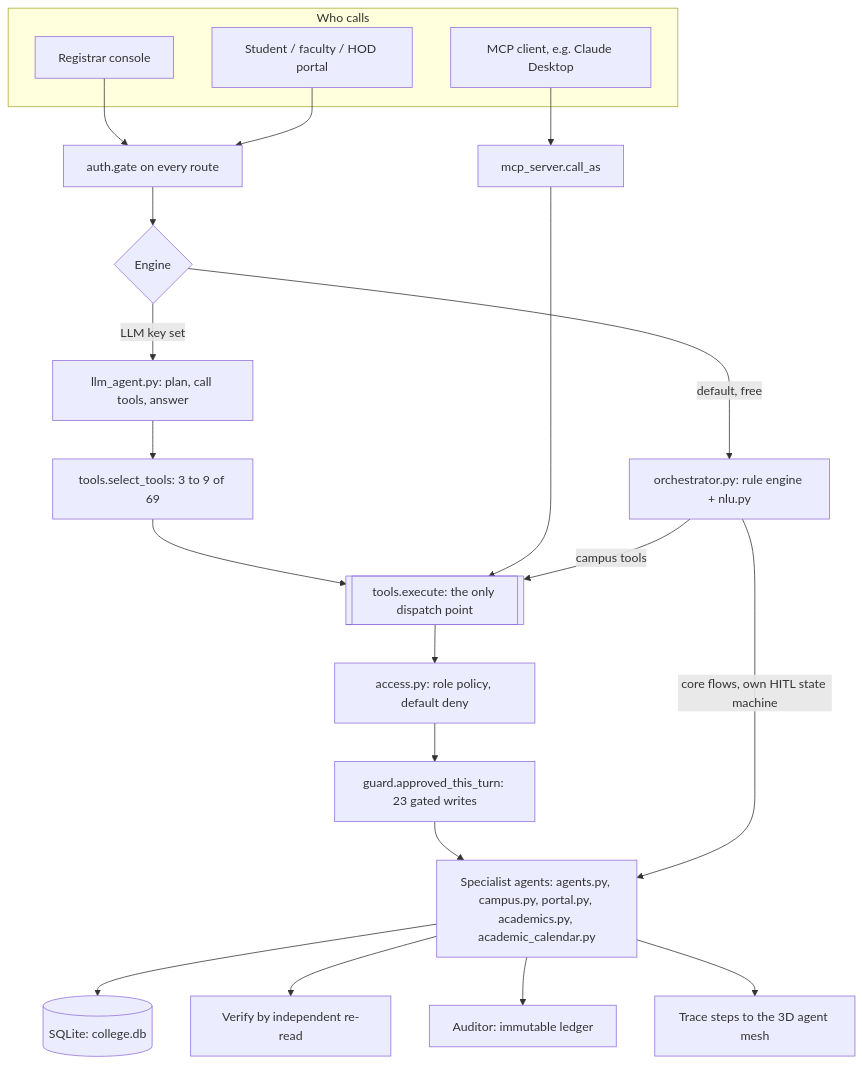
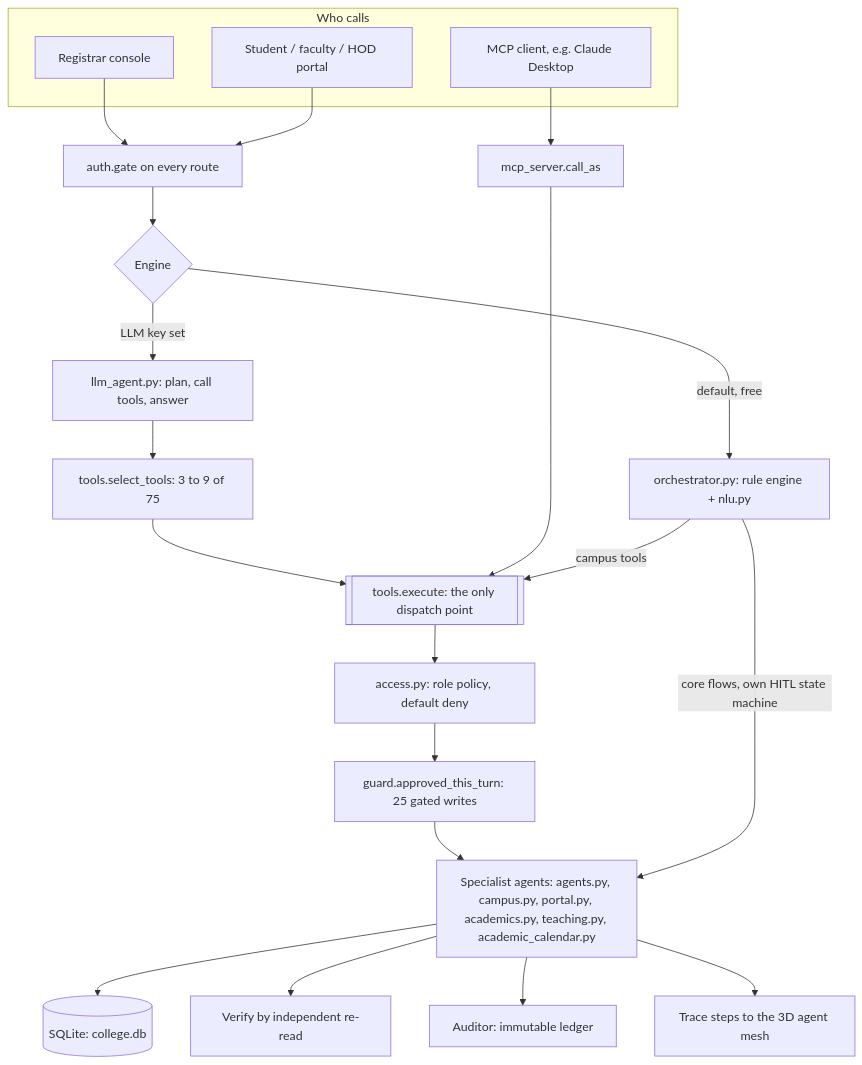
The second of 10 diagrams in README.md (samprith02/VidyaERP), drawn with Mermaid before and after one commit. The commit also changed other lines of this file and 25 other files, not shown here.

````diff
--- a/README.md
+++ b/README.md
@@ -230,26 +233,26 @@
 ```mermaid
 flowchart TB
   subgraph callers [Who calls]
     RC[Registrar console]
     PT[Student / faculty / HOD portal]
     MC[MCP client, e.g. Claude Desktop]
   end
   RC --> AG[auth.gate on every route]
   PT --> AG
   AG --> EN{Engine}
   EN -->|default, free| RE[orchestrator.py: rule engine + nlu.py]
   EN -->|LLM key set| LA[llm_agent.py: plan, call tools, answer]
-  LA --> TR[tools.select_tools: 3 to 9 of 69]
+  LA --> TR[tools.select_tools: 3 to 9 of 75]
   MC --> CA[mcp_server.call_as]
   TR --> EX[[tools.execute: the only dispatch point]]
   CA --> EX
   RE -->|campus tools| EX
   EX --> AC[access.py: role policy, default deny]
-  AC --> GD[guard.approved_this_turn: 23 gated writes]
-  GD --> SP[Specialist agents: agents.py, campus.py, portal.py, academics.py, academic_calendar.py]
+  AC --> GD[guard.approved_this_turn: 25 gated writes]
+  GD --> SP[Specialist agents: agents.py, campus.py, portal.py, academics.py, teaching.py, academic_calendar.py]
   RE -->|core flows, own HITL state machine| SP
   SP --> DB[(SQLite: college.db)]
   SP --> VR[Verify by independent re-read]
   SP --> AU[Auditor: immutable ledger]
   SP --> TC[Trace steps to the 3D agent mesh]
 ```
````
